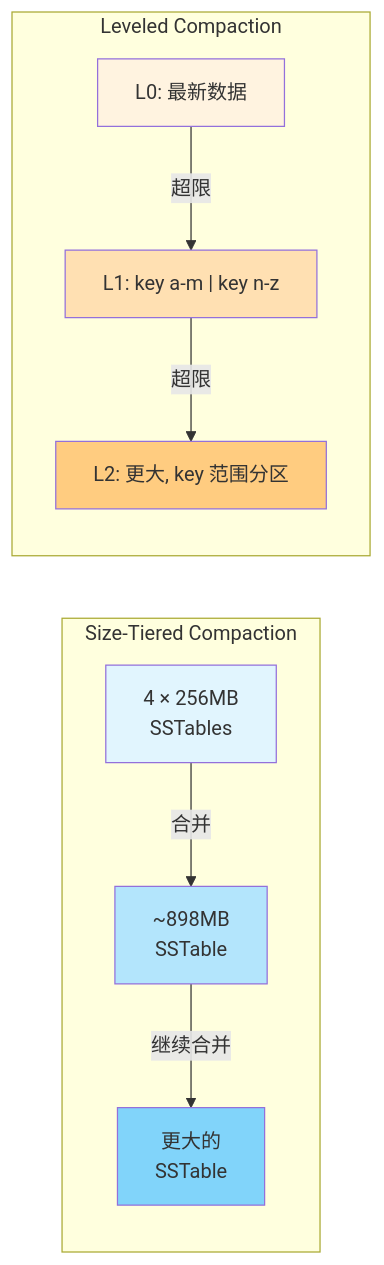
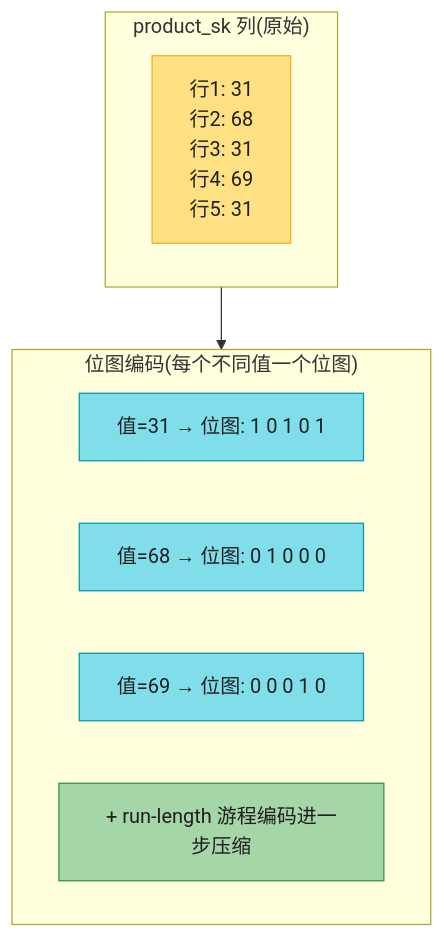
One commit to socoo123/ddia_2nd changed diagram 14 of 22 in ch04-存储与检索.md. Above: the diagram before and after it, drawn with Mermaid. The commit also changed other lines of this file and 8 other files, not shown here.

First line of the commit message:
重写 ch01-ch09 读书笔记：风格统一 + 内容扩充 + 大量图表

````diff
--- a/ch04-存储与检索.md
+++ b/ch04-存储与检索.md
@@ -329,21 +573,21 @@
 ```mermaid
-graph LR
-    subgraph ST["Size-Tiered Compaction"]
-        S1["4 × 256MB<br/>SSTables"] -->|合并| S2["~898MB<br/>SSTable"]
-        S2 -->|继续合并| S3["更大的<br/>SSTable"]
-        style S1 fill:#e1f5fe
-        style S2 fill:#b3e5fc
-        style S3 fill:#81d4fa
+flowchart TB
+    subgraph BEFORE["product_sk 列(原始)"]
+        B1["行1: 31<br/>行2: 68<br/>行3: 31<br/>行4: 69<br/>行5: 31"]
     end
 
-    subgraph LC["Leveled Compaction"]
-        L0["L0: 最新数据"]
-        L1["L1: key a-m | key n-z"]
-        L2["L2: 更大, key 范围分区"]
-        L0 -->|超限| L1
-        L1 -->|超限| L2
-        style L0 fill:#fff3e0
-        style L1 fill:#ffe0b2
-        style L2 fill:#ffcc80
+    subgraph AFTER["位图编码(每个不同值一个位图)"]
+        A1["值=31 → 位图: 1 0 1 0 1"]
+        A2["值=68 → 位图: 0 1 0 0 0"]
+        A3["值=69 → 位图: 0 0 0 1 0"]
+        A4["+ run-length 游程编码进一步压缩"]
     end
+
+    BEFORE --> AFTER
+
+    style B1 fill:#FFE082,stroke:#F9A825,color:#1f1f1f
+    style A1 fill:#80DEEA,stroke:#0097A7,color:#1f1f1f
+    style A2 fill:#80DEEA,stroke:#0097A7,color:#1f1f1f
+    style A3 fill:#80DEEA,stroke:#0097A7,color:#1f1f1f
+    style A4 fill:#A5D6A7,stroke:#388E3C,color:#1f1f1f
 ```
````
